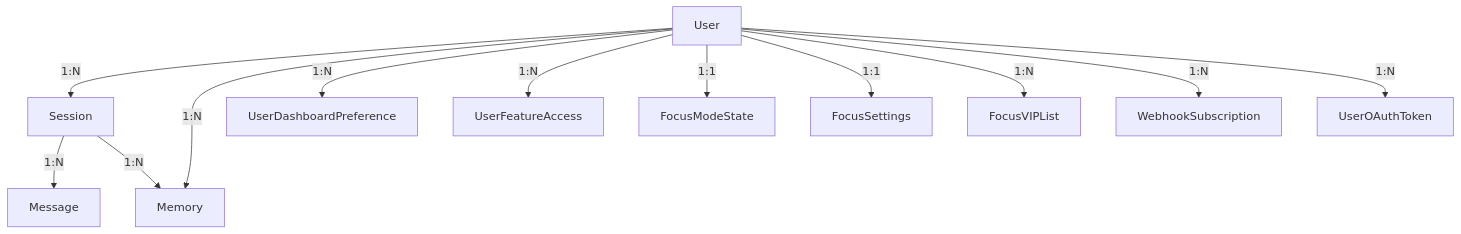
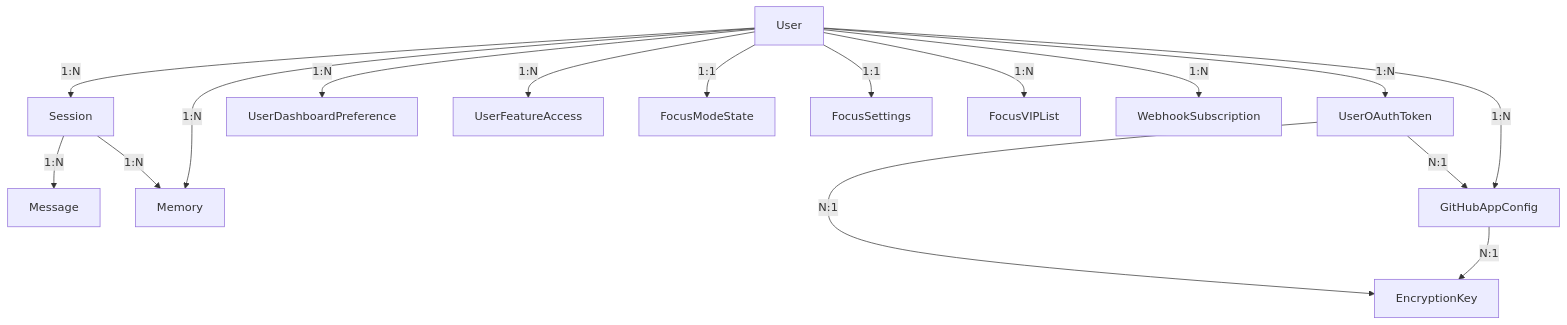
The diagram in .claude/diagrams/database-erd.md (tekkno89/alfred-pa), drawn with Mermaid before and after one commit. The commit also changed other lines of this file and 45 other files, not shown here.

First line of the commit message:
feat: Add GitHub integration with per-user App configs, OAuth, PAT, and envelope encryption

````diff
--- a/.claude/diagrams/database-erd.md
+++ b/.claude/diagrams/database-erd.md
@@ -5,14 +5,18 @@
 ```mermaid
 graph TD
     A[User] -->|1:N| B[Session]
     A -->|1:N| C[Memory]
     A -->|1:N| E[UserDashboardPreference]
     A -->|1:N| F[UserFeatureAccess]
     A -->|1:1| G[FocusModeState]
     A -->|1:1| H[FocusSettings]
     A -->|1:N| I[FocusVIPList]
     A -->|1:N| J[WebhookSubscription]
     A -->|1:N| K[UserOAuthToken]
+    A -->|1:N| M[GitHubAppConfig]
+    K -->|N:1| L[EncryptionKey]
+    K -->|N:1| M
+    M -->|N:1| L
     B -->|1:N| D[Message]
     B -->|1:N| C
 ```
````
